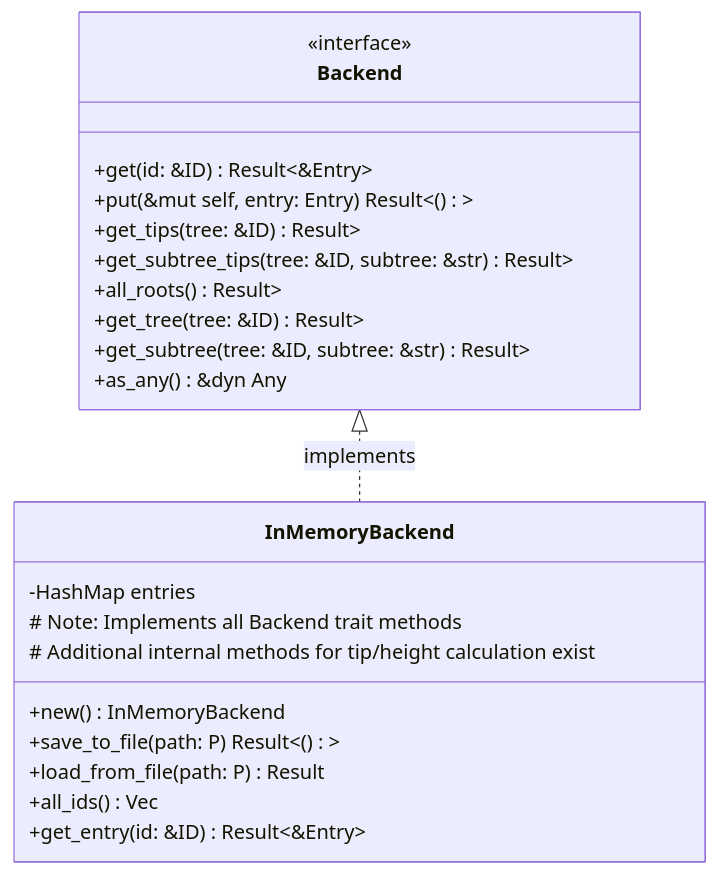
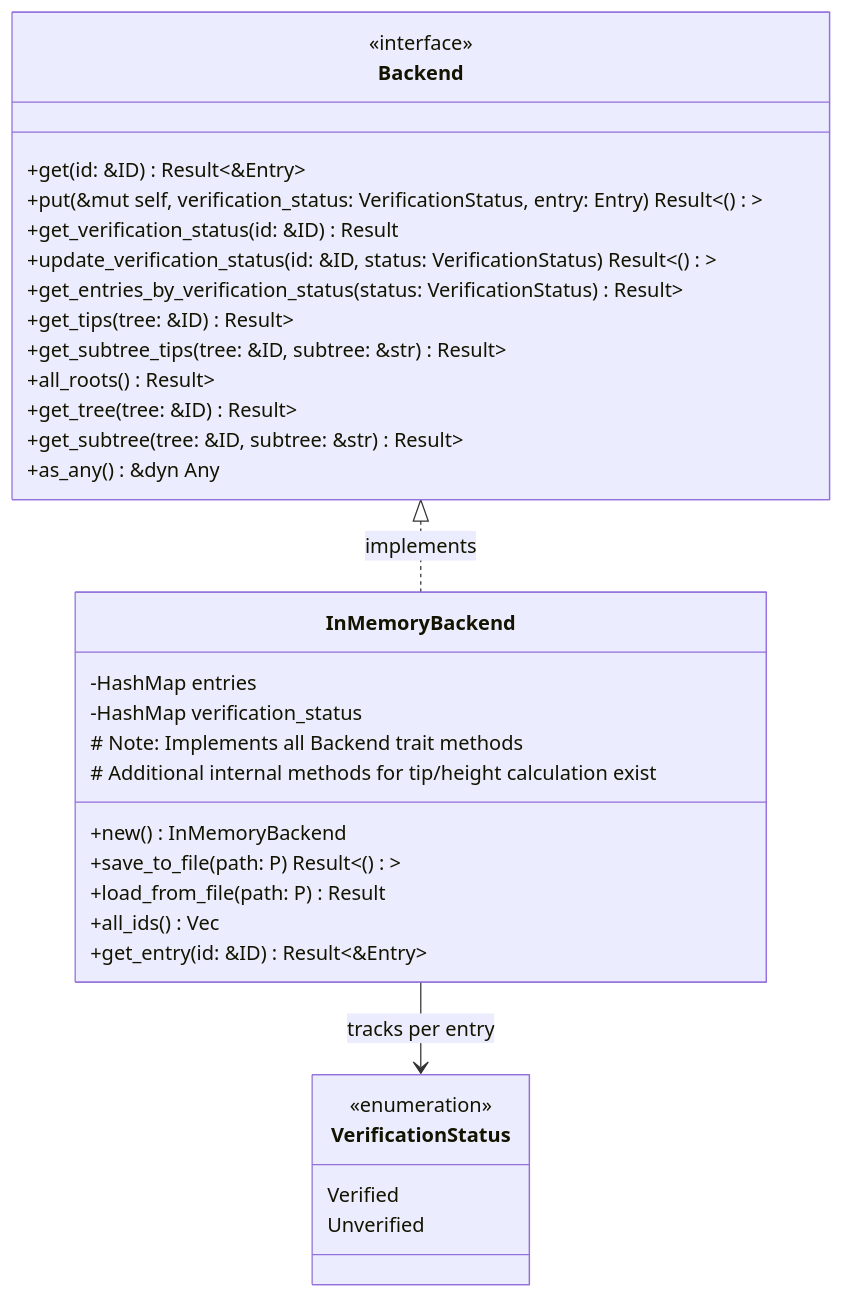
Before and after one commit to arcuru/eidetica: the diagram in docs/src/internal/core_components/backend.md, drawn with Mermaid. The commit also changed other lines of this file and 12 other files, not shown here.

First line of the commit message:
feat(auth): integrate entry signing and verification throughout system

````diff
--- a/docs/src/internal/core_components/backend.md
+++ b/docs/src/internal/core_components/backend.md
@@ -5,27 +5,38 @@
 ```mermaid
 classDiagram
     class Backend {
         <<interface>>
         +get(id: &ID) Result<&Entry>
-        +put(&mut self, entry: Entry) Result<()>
+        +put(&mut self, verification_status: VerificationStatus, entry: Entry) Result<()>
+        +get_verification_status(id: &ID) Result<VerificationStatus>
+        +update_verification_status(id: &ID, status: VerificationStatus) Result<()>
+        +get_entries_by_verification_status(status: VerificationStatus) Result<Vec<ID>>
         +get_tips(tree: &ID) Result<Vec<ID>>
         +get_subtree_tips(tree: &ID, subtree: &str) Result<Vec<ID>>
         +all_roots() Result<Vec<ID>>
         +get_tree(tree: &ID) Result<Vec<Entry>>
         +get_subtree(tree: &ID, subtree: &str) Result<Vec<Entry>>
         +as_any() &dyn Any
     }
 
     class InMemoryBackend {
         -HashMap<ID, Entry> entries
+        -HashMap<ID, VerificationStatus> verification_status
         +new() InMemoryBackend
         +save_to_file(path: P) Result<()>
         +load_from_file(path: P) Result<Self>
         +all_ids() Vec<ID>
         +get_entry(id: &ID) Result<&Entry>
         # Note: Implements all Backend trait methods
         # Additional internal methods for tip/height calculation exist
     }
 
+    class VerificationStatus {
+        <<enumeration>>
+        Verified
+        Unverified
+    }
+
     Backend <|.. InMemoryBackend : implements
+    InMemoryBackend --> VerificationStatus : tracks per entry
 ```
````
